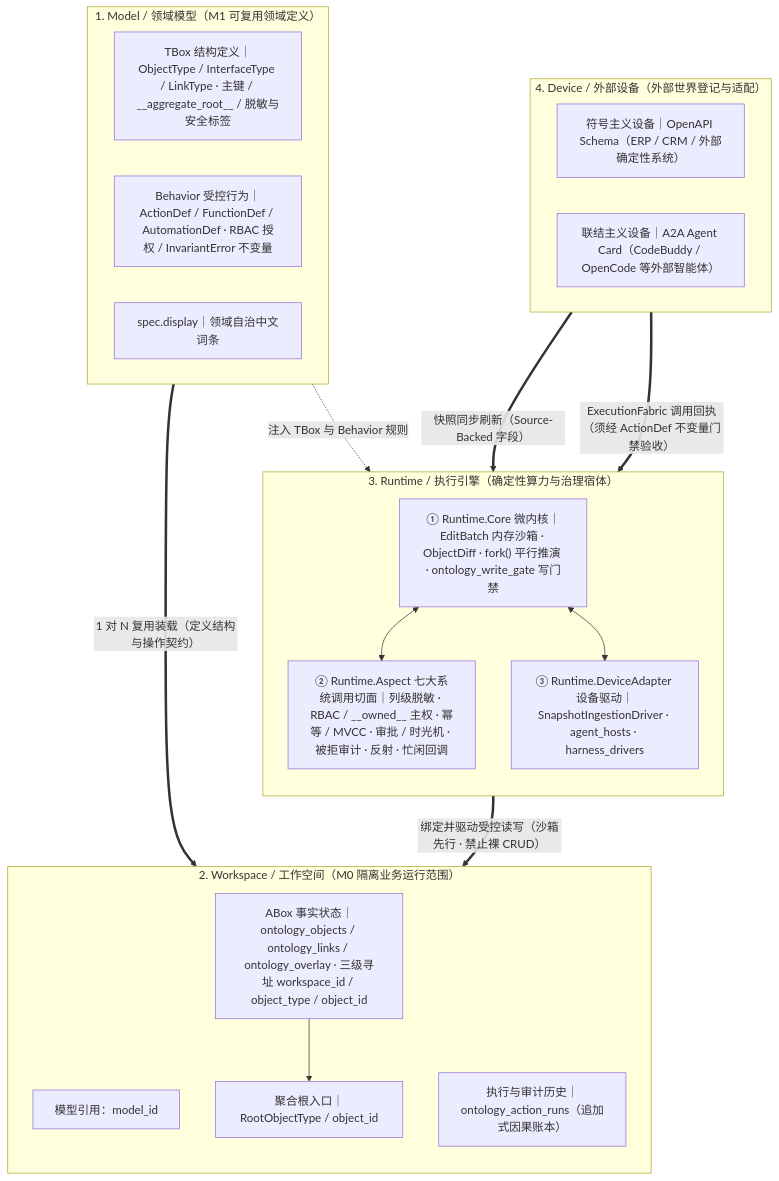
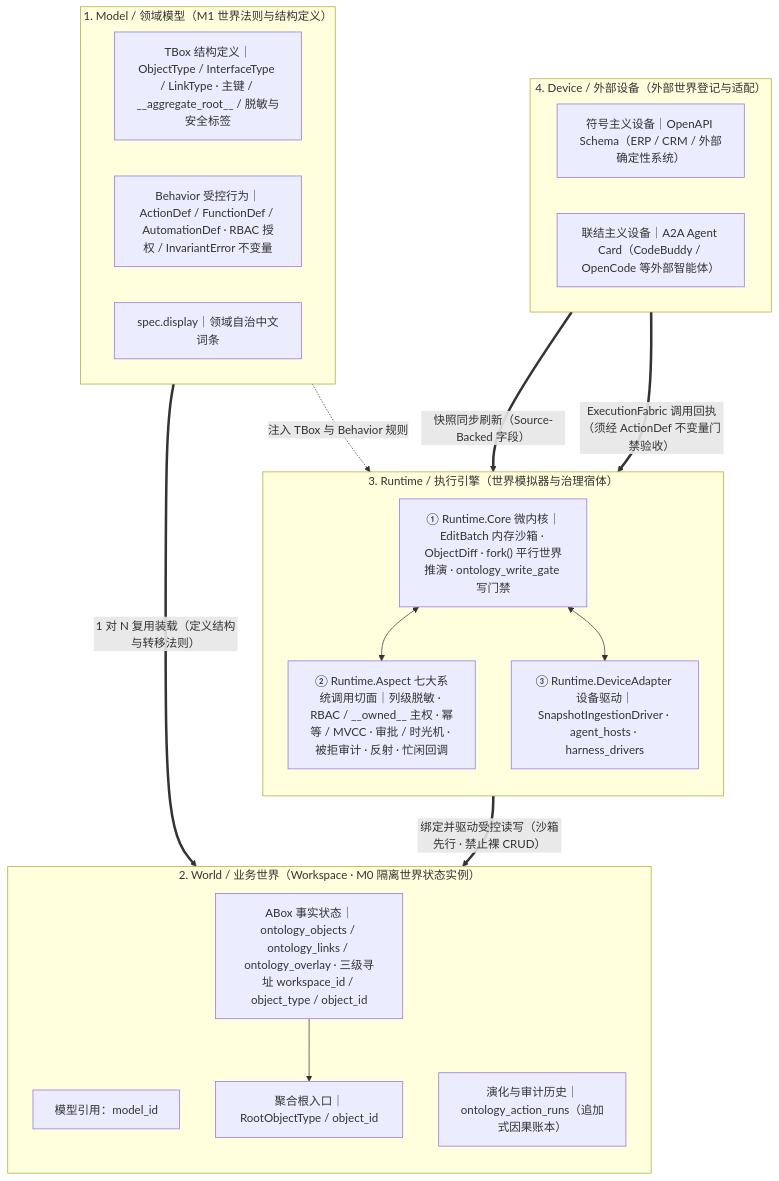
Before and after one commit to guci314/openontology: the first of 3 diagrams in docs/ARCHITECTURE.md, drawn with Mermaid. The commit also changed other lines of this file and 6 other files, not shown here.

Commit message:
feat(docs,ui): promote Workspace concept and display to World · 业务世界

````diff
--- a/docs/ARCHITECTURE.md
+++ b/docs/ARCHITECTURE.md
@@ -20,39 +22,39 @@
 ```mermaid
 flowchart TB
-    subgraph MODEL["1. Model / 领域模型（M1 可复用领域定义）"]
+    subgraph MODEL["1. Model / 领域模型（M1 世界法则与结构定义）"]
         direction LR
         TBOX["TBox 结构定义｜ObjectType / InterfaceType / LinkType · 主键 / __aggregate_root__ / 脱敏与安全标签"]
         BEHAVIOR["Behavior 受控行为｜ActionDef / FunctionDef / AutomationDef · RBAC 授权 / InvariantError 不变量"]
         DISPLAY["spec.display｜领域自治中文词条"]
     end
 
-    subgraph WORKSPACE["2. Workspace / 工作空间（M0 隔离业务运行范围）"]
+    subgraph WORLD["2. World / 业务世界（Workspace · M0 隔离世界状态实例）"]
         direction TB
         MODEL_REF["模型引用：model_id"]
         ABOX["ABox 事实状态｜ontology_objects / ontology_links / ontology_overlay · 三级寻址 workspace_id / object_type / object_id"]
         ROOT["聚合根入口｜RootObjectType / object_id"]
-        HISTORY["执行与审计历史｜ontology_action_runs（追加式因果账本）"]
+        HISTORY["演化与审计历史｜ontology_action_runs（追加式因果账本）"]
         ABOX --> ROOT
     end
 
-    subgraph RUNTIME["3. Runtime / 执行引擎（确定性算力与治理宿体）"]
+    subgraph RUNTIME["3. Runtime / 执行引擎（世界模拟器与治理宿体）"]
         direction TB
-        CORE["① Runtime.Core 微内核｜EditBatch 内存沙箱 · ObjectDiff · fork() 平行推演 · ontology_write_gate 写门禁"]
+        CORE["① Runtime.Core 微内核｜EditBatch 内存沙箱 · ObjectDiff · fork() 平行世界推演 · ontology_write_gate 写门禁"]
         ASPECT["② Runtime.Aspect 七大系统调用切面｜列级脱敏 · RBAC / __owned__ 主权 · 幂等 / MVCC · 审批 / 时光机 · 被拒审计 · 反射 · 忙闲回调"]
         ADAPTER["③ Runtime.DeviceAdapter 设备驱动｜SnapshotIngestionDriver · agent_hosts · harness_drivers"]
         CORE <--> ASPECT
         CORE <--> ADAPTER
     end
 
     subgraph DEVICE["4. Device / 外部设备（外部世界登记与适配）"]
         direction LR
         SYMBOLIC["符号主义设备｜OpenAPI Schema（ERP / CRM / 外部确定性系统）"]
         CONNECTIONIST["联结主义设备｜A2A Agent Card（CodeBuddy / OpenCode 等外部智能体）"]
     end
 
-    MODEL ==>|"1 对 N 复用装载（定义结构与操作契约）"| WORKSPACE
+    MODEL ==>|"1 对 N 复用装载（定义结构与转移法则）"| WORLD
     MODEL -.->|"注入 TBox 与 Behavior 规则"| CORE
-    RUNTIME ==>|"绑定并驱动受控读写（沙箱先行 · 禁止裸 CRUD）"| WORKSPACE
+    RUNTIME ==>|"绑定并驱动受控读写（沙箱先行 · 禁止裸 CRUD）"| WORLD
     SYMBOLIC ==>|"快照同步刷新（Source-Backed 字段）"| ADAPTER
     CONNECTIONIST ==>|"ExecutionFabric 调用回执（须经 ActionDef 不变量门禁验收）"| ADAPTER
 ```
````
